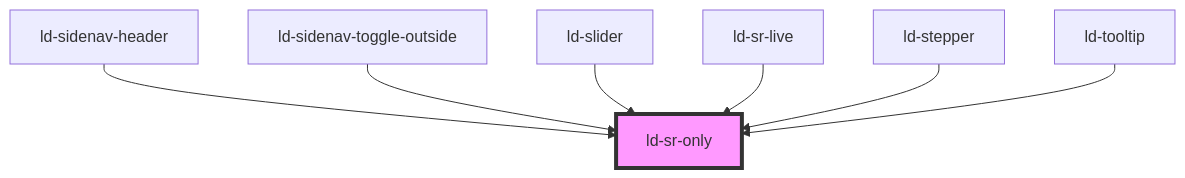
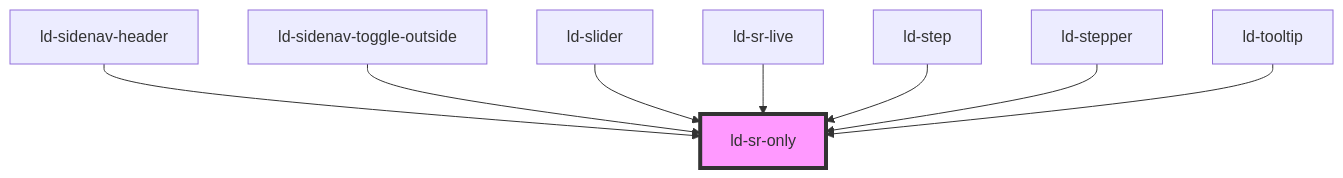
The diagram in src/liquid/components/ld-sr-only/readme.md (emdgroup-liquid/liquid), drawn with Mermaid before and after one commit. The commit also changed other lines of this file and 3 other files, not shown here.

````diff
--- a/src/liquid/components/ld-sr-only/readme.md
+++ b/src/liquid/components/ld-sr-only/readme.md
@@ -54,10 +55,11 @@
 ```mermaid
 graph TD;
   ld-sidenav-header --> ld-sr-only
   ld-sidenav-toggle-outside --> ld-sr-only
   ld-slider --> ld-sr-only
   ld-sr-live --> ld-sr-only
+  ld-step --> ld-sr-only
   ld-stepper --> ld-sr-only
   ld-tooltip --> ld-sr-only
   style ld-sr-only fill:#f9f,stroke:#333,stroke-width:4px
 ```
````
